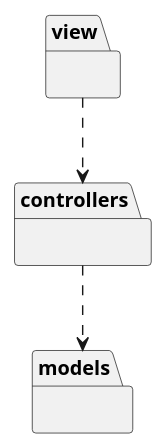
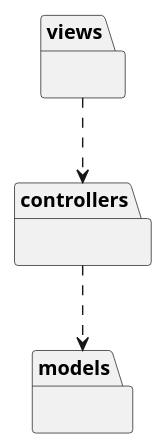
One commit to Dayannis-07/ING_SOFT changed the diagram in docs/scenariosView/packageDiagram.plantuml. Above: the diagram before and after it, drawn with PlantUML. The commit also changed 3 other files, not shown here.

```diff
--- a/docs/scenariosView/packageDiagram.plantuml
+++ b/docs/scenariosView/packageDiagram.plantuml
@@ -1,12 +1,12 @@
 @startuml packageDiagram
 
-package view{}
+package views{}
 
 package controllers{}
 
 package models{}
 
-view ..> controllers
+views ..> controllers
 controllers ..> models
  
 @enduml
```
